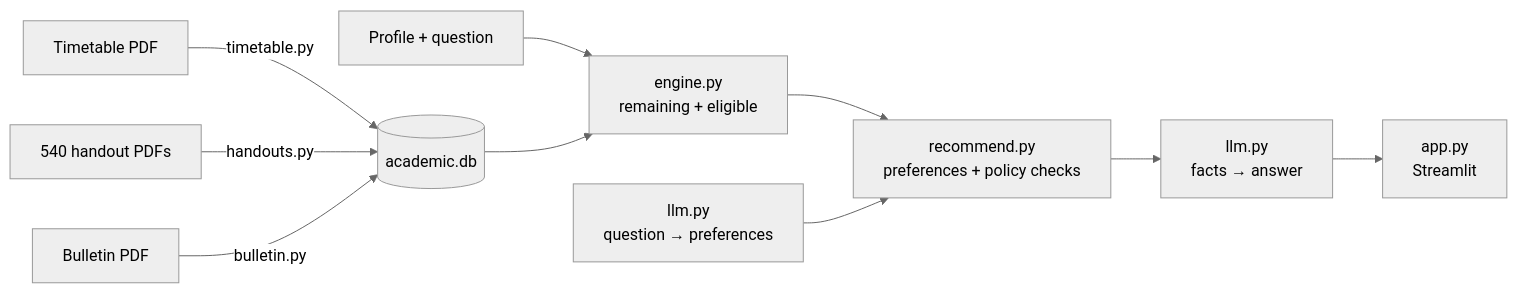
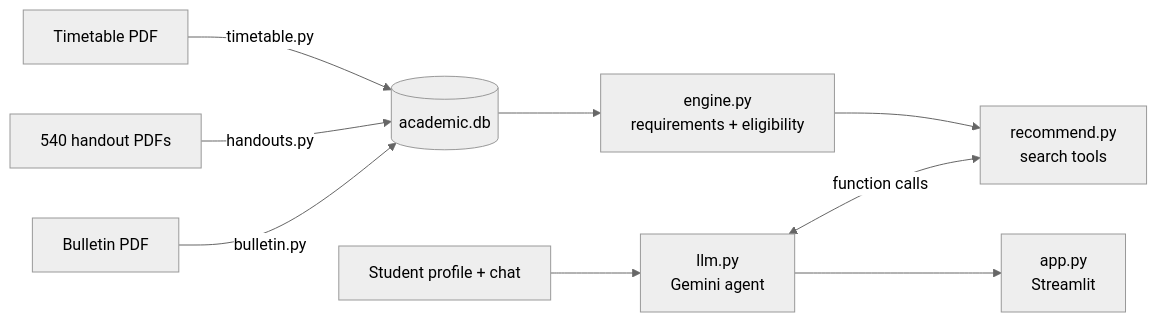
Before and after one commit to PranavaMR/postman_task_2: the diagram in README.md, drawn with Mermaid (neutral theme). The commit also changed other lines of this file, not shown here.

Commit message:
docs: describe the agent architecture, profile assumptions and offline fallback

````diff
--- a/README.md
+++ b/README.md
@@ -8,12 +8,11 @@
 ```mermaid
 flowchart LR
     A[Timetable PDF] -->|timetable.py| DB[(academic.db)]
     B[540 handout PDFs] -->|handouts.py| DB
     C[Bulletin PDF] -->|bulletin.py| DB
-    P[Profile + question] --> E[engine.py<br/>remaining + eligible]
-    DB --> E
-    E --> R[recommend.py<br/>preferences + policy checks]
-    L1[llm.py<br/>question → preferences] --> R
-    R --> L2[llm.py<br/>facts → answer]
-    L2 --> UI[app.py<br/>Streamlit]
+    DB --> E[engine.py<br/>requirements + eligibility]
+    E --> T[recommend.py<br/>search tools]
+    U[Student profile + chat] --> G[llm.py<br/>Gemini agent]
+    G <-->|function calls| T
+    G --> UI[app.py<br/>Streamlit]
 ```
````
